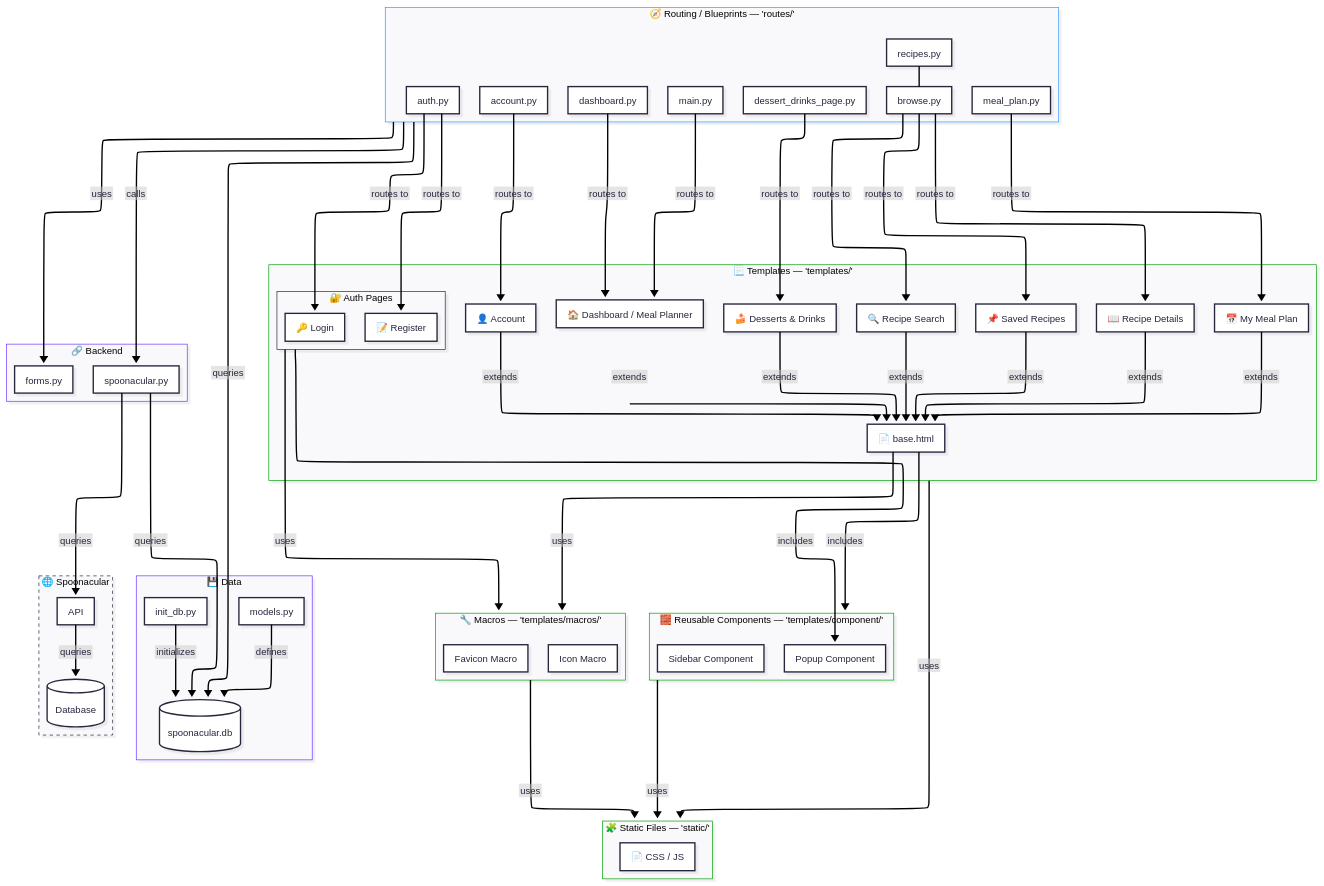
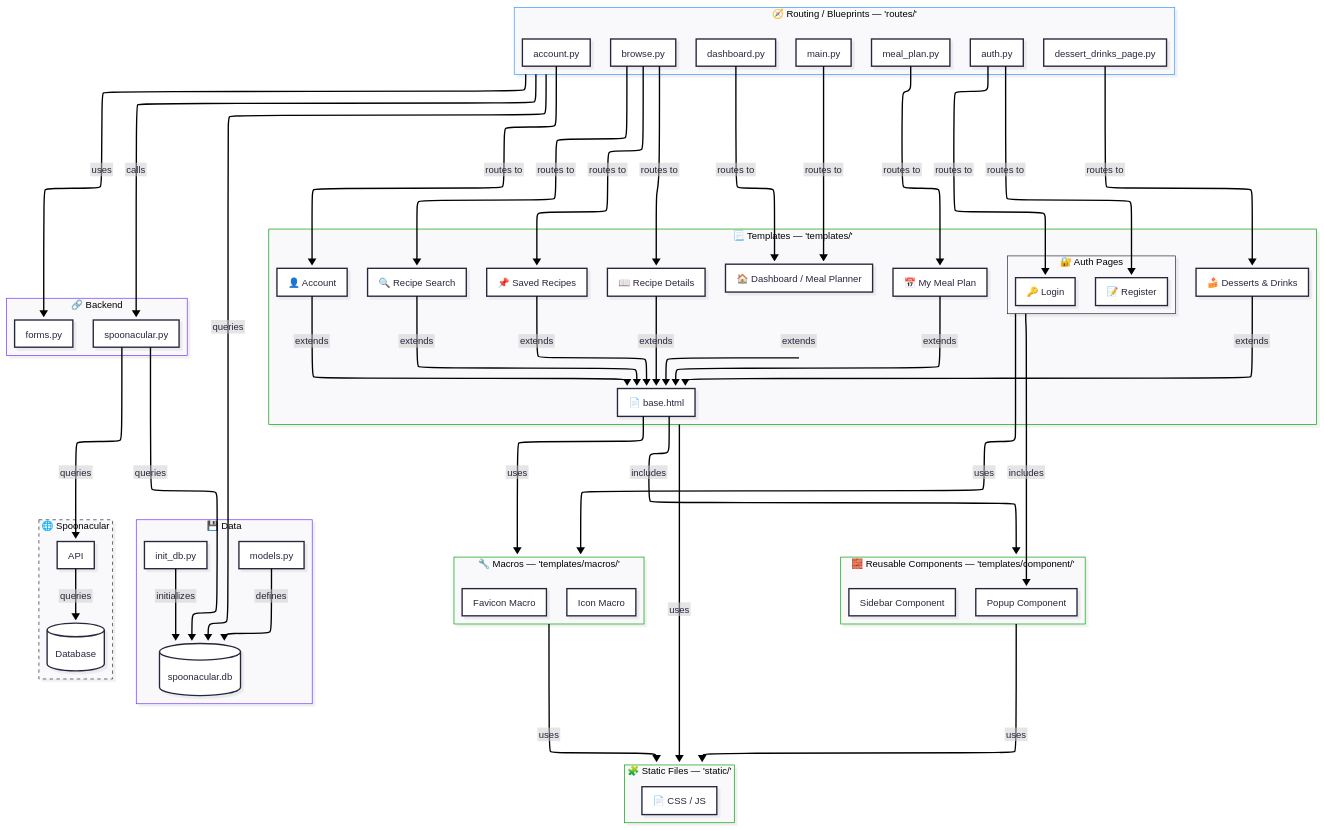
Before and after one commit to KireStrings/Meal-Planner: the diagram in doc/diagrams/structure/structure.mmd, drawn with Mermaid. The commit also changed 3 other files, not shown here.

Commit message:
doc: removed recipes.py in structure diagram

```diff
--- a/doc/diagrams/structure/structure.mmd
+++ b/doc/diagrams/structure/structure.mmd
@@ -1,144 +1,142 @@
 ---
 config:
   layout: elk
   theme: redux
   look: neo
   htmlLabels: false
   flowchart:
     htmlLabels: false
 ---
 
 graph TD
 
 %% ───────────────────────────────────────────────
 %% STATIC FILES
 %% ───────────────────────────────────────────────
 subgraph Static["🧩 Static Files — 'static/'"]
     S1[📄 CSS / JS]
 end
 
 %% ───────────────────────────────────────────────
 %% COMPONENTS & MACROS
 %% ───────────────────────────────────────────────
 subgraph Components["🧱 Reusable Components — 'templates/component/'"]
     C1[Sidebar Component]
     C2[Popup Component]
 end
 
 subgraph Macros["🔧 Macros — 'templates/macros/'"]
     M1[Favicon Macro]
     M2[Icon Macro]
 end
 
 %% ───────────────────────────────────────────────
 %% TEMPLATES
 %% ───────────────────────────────────────────────
 subgraph Templates["📃 Templates — 'templates/'"]
     T1[📄 base.html]
     
     P2[🏠 Dashboard / Meal Planner]
     P3[🍰 Desserts & Drinks]
     P4[🔍 Recipe Search]
     P5[📌 Saved Recipes]
     P6[📖 Recipe Details]
     P7[📅 My Meal Plan]
     P8[👤 Account]
     
     subgraph AuthPages["🔐 Auth Pages"]
         P9[🔑 Login]
         P10[📝 Register]
     end
 end
 
 %% ───────────────────────────────────────────────
 %% ROUTES
 %% ───────────────────────────────────────────────
 subgraph Routing["🧭 Routing / Blueprints — 'routes/'"]
     R1[main.py]
     R2[dashboard.py]
     R6[meal_plan.py]
     R3[dessert_drinks_page.py]
     R4[browse.py]
-    R5[recipes.py]
     R7[auth.py]
     R8[account.py]
 end
 
 %% ───────────────────────────────────────────────
 %% BACKEND
 %% ───────────────────────────────────────────────
 subgraph Backend["🔗 Backend"]
     B1[spoonacular.py]
     B2[forms.py]
 end
 
 %% ───────────────────────────────────────────────
 %% DATA LAYER
 %% ───────────────────────────────────────────────
 subgraph Data["💾 Data"]
     D1[models.py]
     D2[init_db.py]
     D3[(spoonacular.db)]
 end
 
 %% ───────────────────────────────────────────────
 %% Sponacular API
 %% ───────────────────────────────────────────────
 subgraph Spoonacular["🌐 Spoonacular"]
     A1[API]
     A2[(Database)]
 end
 
 %% ───────────────────────────────────────────────
 %% RELATIONS
 %% ───────────────────────────────────────────────
 
 %% Routing to Pages
 R1 -->|routes to| P2
 R2 -->|routes to| P2
 R3 -->|routes to| P3
 R4 -->|routes to| P4 & P5 & P6
-R5 --- R4
 R6 -->|routes to| P7
 R7 -->|routes to| P9 & P10
 R8 -->|routes to| P8
 
 %% Page templates use base.html
 P2 & P3 & P4 & P5 & P6 & P7 & P8 -->|extends| T1
 
 %% base.html includes components and macros
 T1 -->|includes| Components
 T1 -->|uses| Macros
 
 %% Auth pages use components and macros directly
 AuthPages -->|includes| C2
 AuthPages -->|uses| Macros
 
 %% Static use
 Templates & Components & Macros -->|uses| Static
 
 %% Routing and Backend depend on DB
 Routing -->|uses| B2
 B1 & Routing -->|queries| D3
 D1 -->|defines| D3
 D2 -->|initializes| D3
 
 %% Backend Access
 Routing -->|calls| B1
 
 %% API-Access
 A1 -->|queries| A2
 B1 -->|queries| A1
 
 %% Stylized borders
 style Spoonacular stroke-dasharray: 5 5
 classDef routing stroke:#3396ff;
 class Routing routing
 classDef backend stroke:#6e33ff;
 class Backend backend
 class Data backend
 classDef frontend stroke:#009e07;
 class Templates frontend
 class Components frontend
 class Macros frontend
 class Static frontend
```
